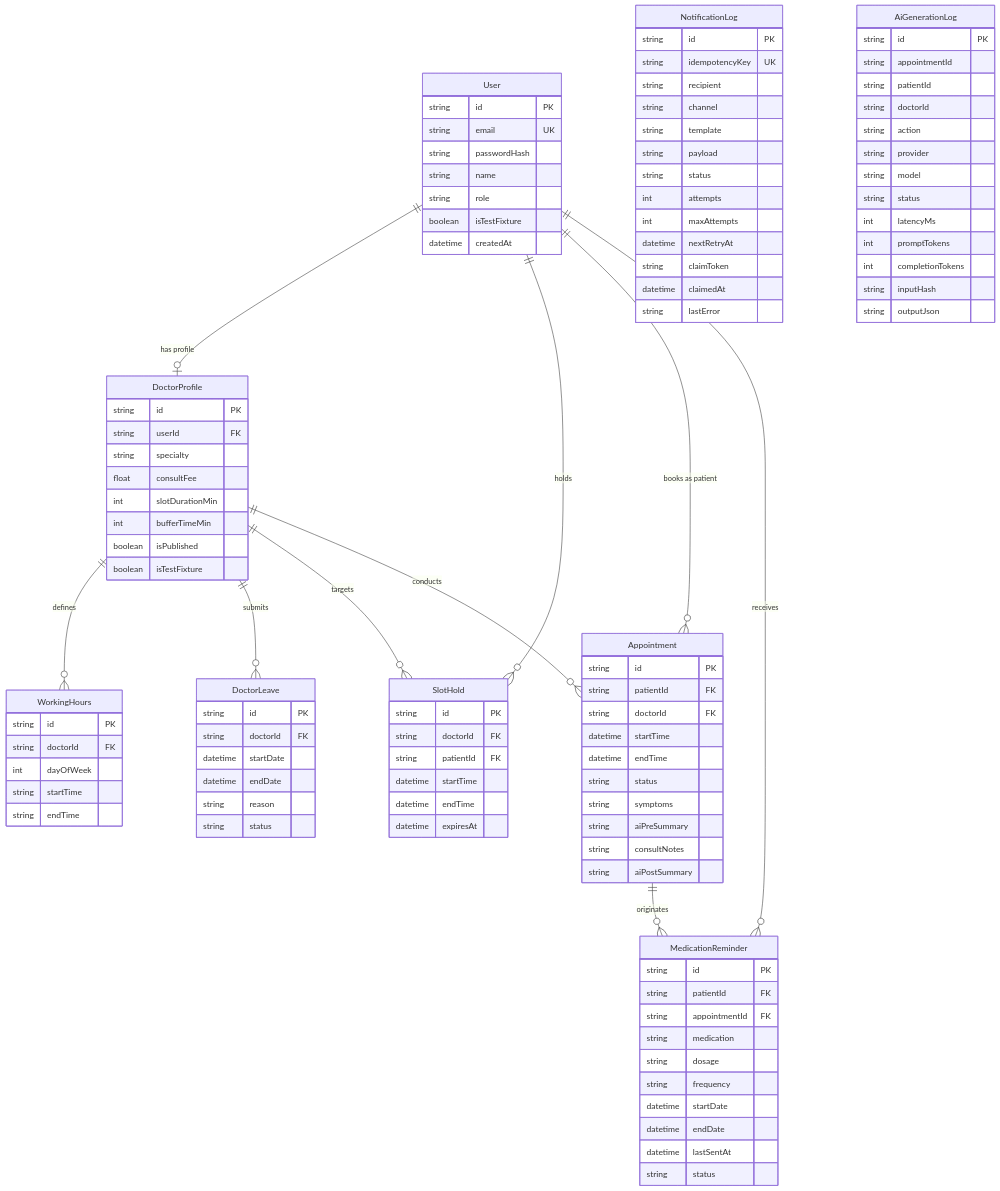
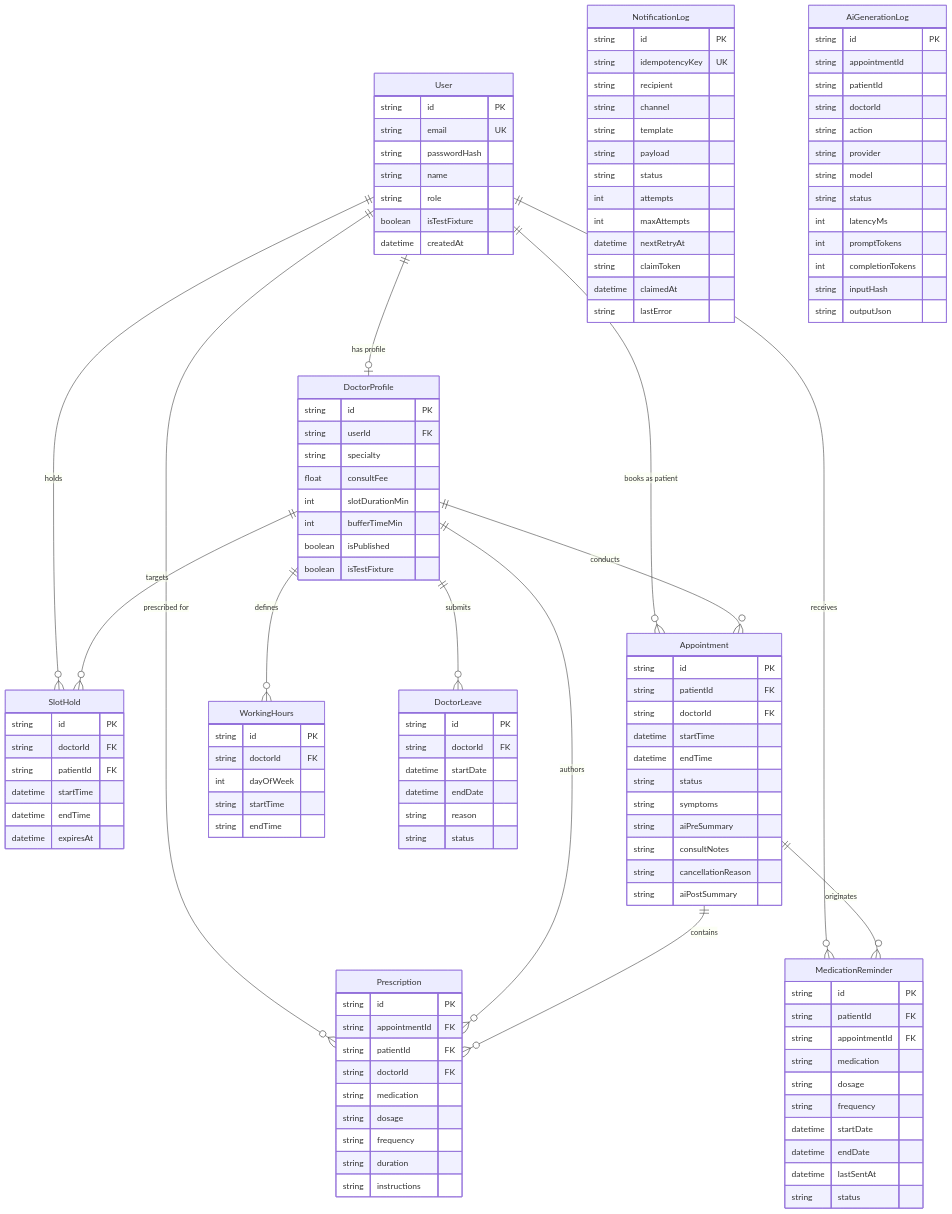
Before and after one commit to A-Kushwah/CareFlow: the diagram in docs/database.md, drawn with Mermaid. The commit also changed other lines of this file and 20 other files, not shown here.

Commit message:
feat(admin-appointments): implement admin doctor CRUD, cancellation & rescheduling, dual outbox notifications, calendar lifecycle, and verification matrix

```diff
--- a/docs/database.md
+++ b/docs/database.md
@@ -11,11 +11,14 @@
     User ||--o| DoctorProfile : "has profile"
     User ||--o{ SlotHold : "holds"
     User ||--o{ Appointment : "books as patient"
+    User ||--o{ Prescription : "prescribed for"
     User ||--o{ MedicationReminder : "receives"
     DoctorProfile ||--o{ WorkingHours : "defines"
     DoctorProfile ||--o{ DoctorLeave : "submits"
     DoctorProfile ||--o{ SlotHold : "targets"
     DoctorProfile ||--o{ Appointment : "conducts"
+    DoctorProfile ||--o{ Prescription : "authors"
+    Appointment ||--o{ Prescription : "contains"
     Appointment ||--o{ MedicationReminder : "originates"
 
     User {
@@ -75,7 +78,20 @@
         string symptoms
         string aiPreSummary
         string consultNotes
+        string cancellationReason
         string aiPostSummary
+    }
+
+    Prescription {
+        string id PK
+        string appointmentId FK
+        string patientId FK
+        string doctorId FK
+        string medication
+        string dosage
+        string frequency
+        string duration
+        string instructions
     }
 
     NotificationLog {
```
